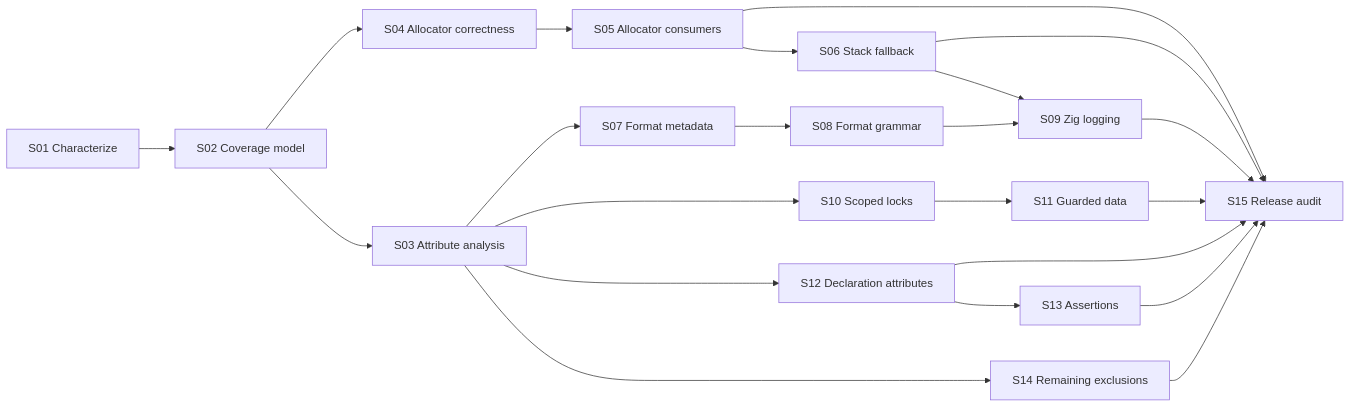
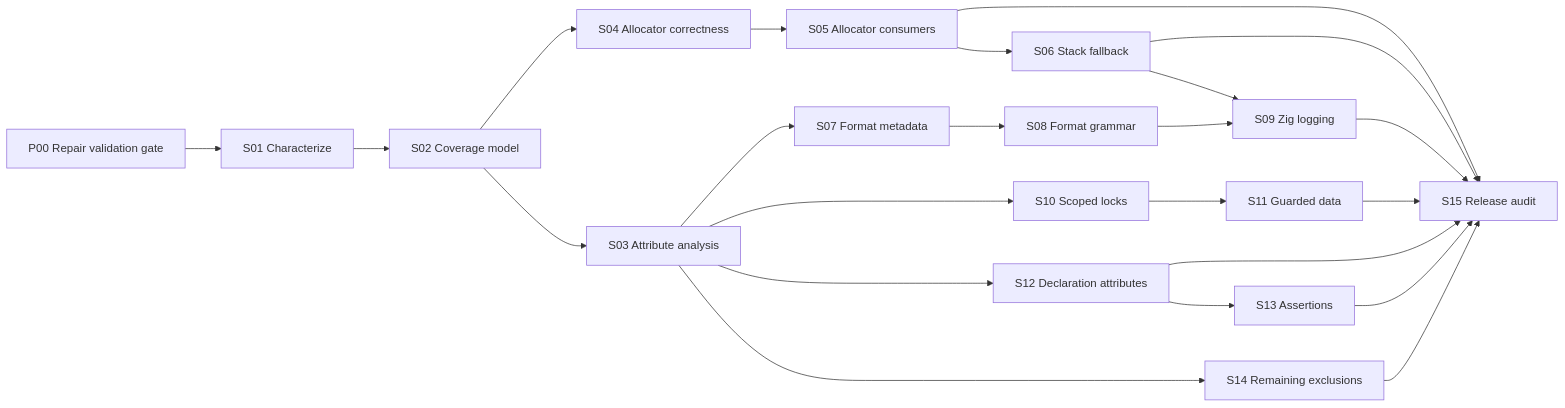
The diagram in REPORT.md (kxress/sdl3-zig), drawn with Mermaid before and after one commit. The commit also changed other lines of this file, not shown here.

First line of the commit message:
Document validation preflight blocker and gate roadmap on P00

````diff
--- a/REPORT.md
+++ b/REPORT.md
@@ -734,20 +750,21 @@
 ```mermaid
 flowchart LR
-    S01["S01 Characterize"] --> S02["S02 Coverage model"]
+    P00["P00 Repair validation gate"] --> S01["S01 Characterize"]
+    S01 --> S02["S02 Coverage model"]
     S02 --> S03["S03 Attribute analysis"]
     S02 --> S04["S04 Allocator correctness"]
     S04 --> S05["S05 Allocator consumers"] --> S06["S06 Stack fallback"]
     S03 --> S07["S07 Format metadata"] --> S08["S08 Format grammar"]
     S06 --> S09["S09 Zig logging"]
     S08 --> S09
     S03 --> S10["S10 Scoped locks"] --> S11["S11 Guarded data"]
     S03 --> S12["S12 Declaration attributes"] --> S13["S13 Assertions"]
     S03 --> S14["S14 Remaining exclusions"]
     S05 --> S15["S15 Release audit"]
     S06 --> S15
     S09 --> S15
     S11 --> S15
     S12 --> S15
     S13 --> S15
     S14 --> S15
 ```
````
